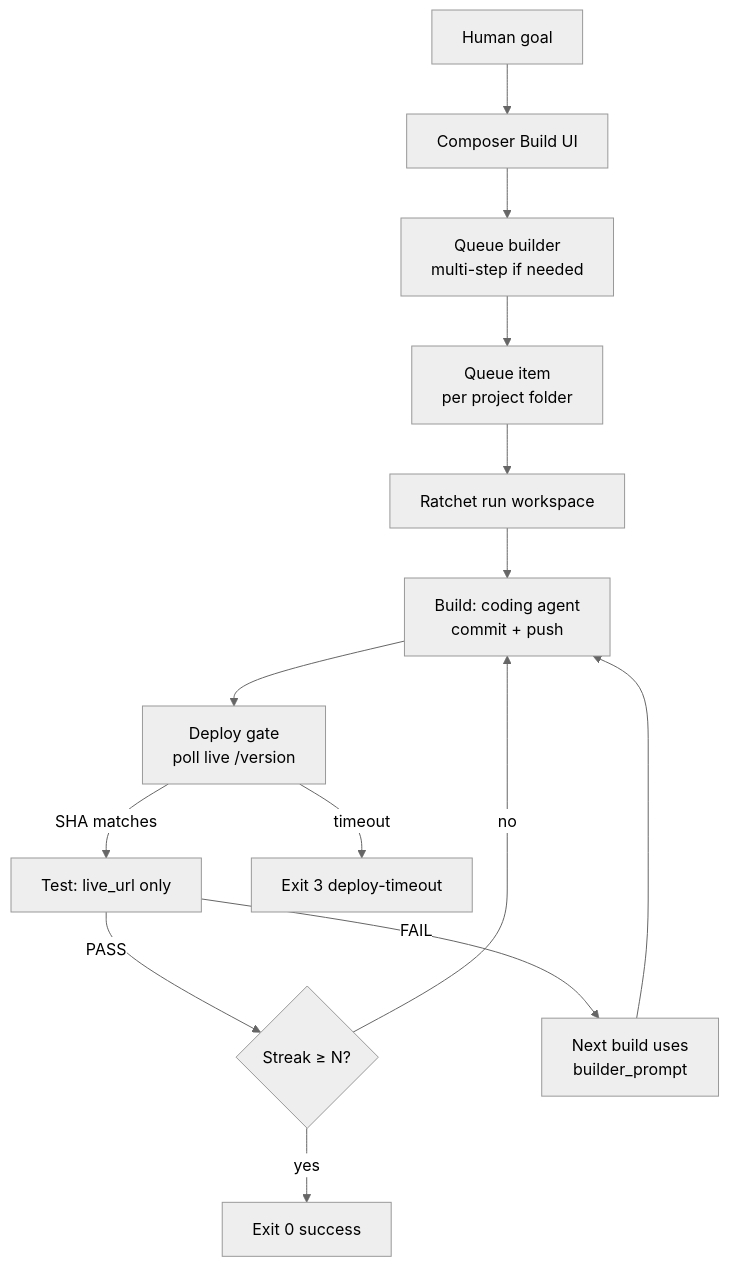
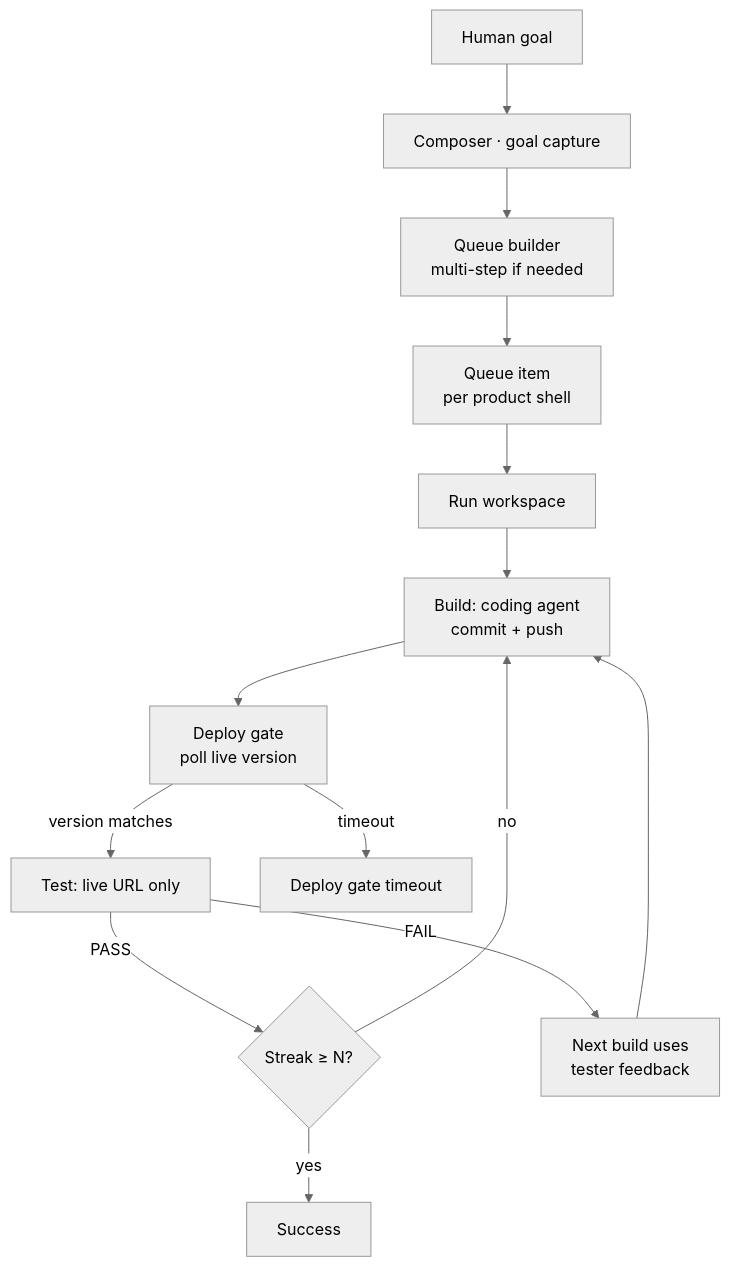
One commit to southu/vygo changed the first of 6 diagrams in apps/web/public/content/vibe-coding/ratchet-guide/diagrams.md. Above: the diagram before and after it, drawn with Mermaid (neutral theme). The commit also changed other lines of this file and 42 other files, not shown here.

First line of the commit message:
fix(vibe-coding): deep-sanitize guide pack to product concepts only

````diff
--- a/apps/web/public/content/vibe-coding/ratchet-guide/diagrams.md
+++ b/apps/web/public/content/vibe-coding/ratchet-guide/diagrams.md
@@ -13,16 +13,16 @@
 ```mermaid
 flowchart TD
-  H[Human goal] --> B[Composer Build UI]
+  H[Human goal] --> B[Composer · goal capture]
   B --> Q[Queue builder<br/>multi-step if needed]
-  Q --> I[Queue item<br/>per project folder]
-  I --> R[Ratchet run workspace]
+  Q --> I[Queue item<br/>per product shell]
+  I --> R[Run workspace]
   R --> BL[Build: coding agent<br/>commit + push]
-  BL --> DG[Deploy gate<br/>poll live /version]
-  DG -->|SHA matches| T[Test: live_url only]
-  DG -->|timeout| X3[Exit 3 deploy-timeout]
+  BL --> DG[Deploy gate<br/>poll live version]
+  DG -->|version matches| T[Test: live URL only]
+  DG -->|timeout| X3[Deploy gate timeout]
   T -->|PASS| ST{Streak ≥ N?}
-  T -->|FAIL| BL2[Next build uses<br/>builder_prompt]
+  T -->|FAIL| BL2[Next build uses<br/>tester feedback]
   BL2 --> BL
   ST -->|no| BL
-  ST -->|yes| OK[Exit 0 success]
+  ST -->|yes| OK[Success]
 ```
````
